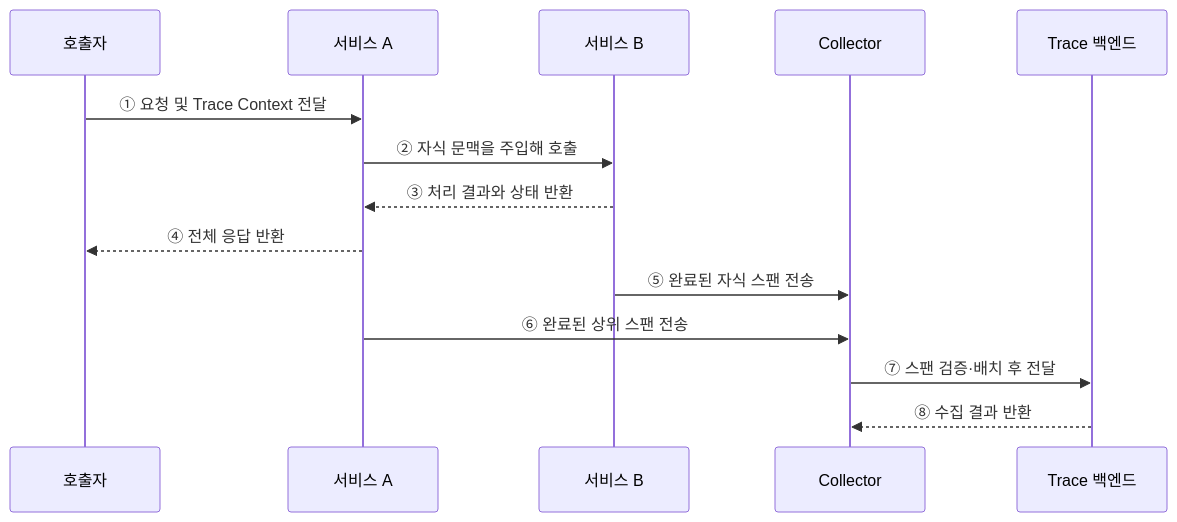
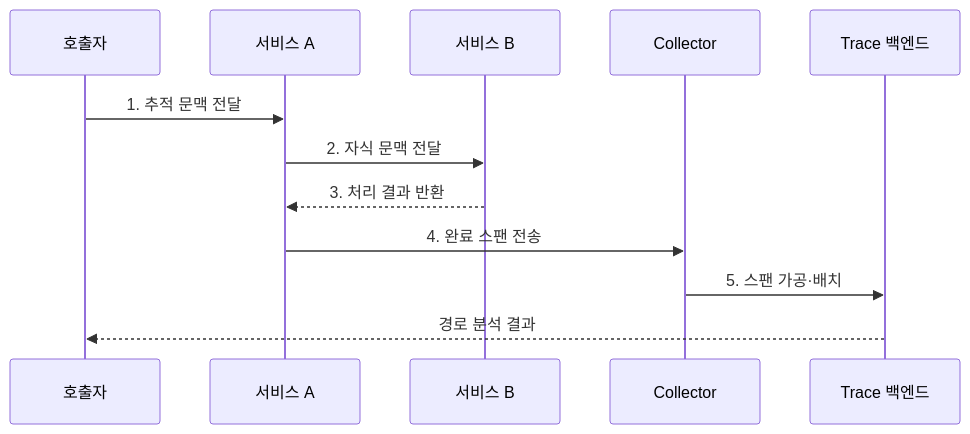
Before and after one commit to agnusdei1207/knowledge-base: the second of 2 diagrams in src/content/docs/notes/03-software/163_distributed_tracing.md, drawn with Mermaid. The commit also changed other lines of this file and 20 other files, not shown here.

````diff
--- a/src/content/docs/notes/03-software/163_distributed_tracing.md
+++ b/src/content/docs/notes/03-software/163_distributed_tracing.md
@@ -70,16 +85,14 @@
 ```mermaid
 sequenceDiagram
     participant C as 호출자
     participant A as 서비스 A
     participant B as 서비스 B
     participant K as Collector
     participant T as Trace 백엔드
-    C->>A: ① 요청 및 Trace Context 전달
-    A->>B: ② 자식 문맥을 주입해 호출
-    B-->>A: ③ 처리 결과와 상태 반환
-    A-->>C: ④ 전체 응답 반환
-    B->>K: ⑤ 완료된 자식 스팬 전송
-    A->>K: ⑥ 완료된 상위 스팬 전송
-    K->>T: ⑦ 스팬 검증·배치 후 전달
-    T-->>K: ⑧ 수집 결과 반환
+    C->>A: 1. 추적 문맥 전달
+    A->>B: 2. 자식 문맥 전달
+    B-->>A: 3. 처리 결과 반환
+    A->>K: 4. 완료 스팬 전송
+    K->>T: 5. 스팬 가공·배치
+    T-->>C: 경로 분석 결과
 ```
````
